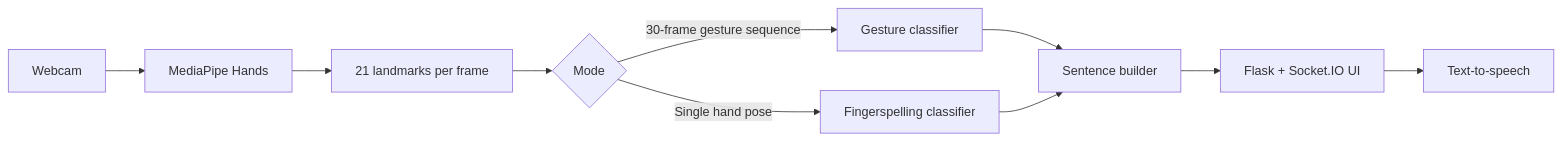
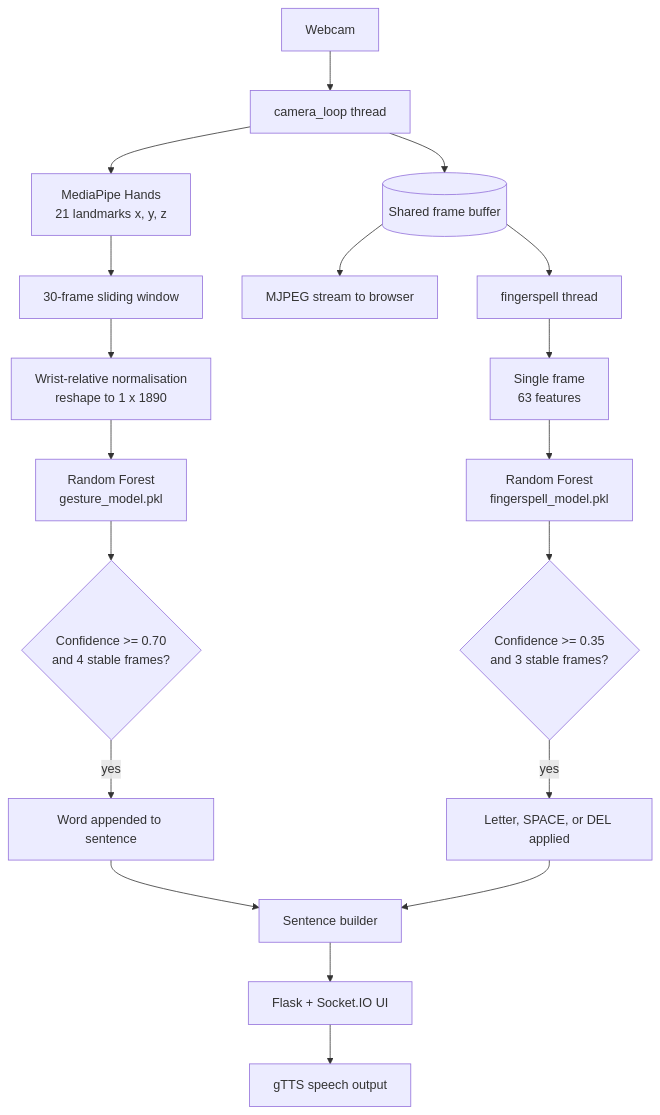
The diagram in README.md (DevAshish9090/Gesture2Voice), drawn with Mermaid before and after one commit. The commit also changed other lines of this file, not shown here.

Commit message:
Fix README: correct setup steps and model details

````diff
--- a/README.md
+++ b/README.md
@@ -48,12 +84,24 @@
 ```mermaid
-flowchart LR
-  A[Webcam] --> B[MediaPipe Hands]
-  B --> C[21 landmarks per frame]
-  C --> D{Mode}
-  D -->|30-frame gesture sequence| E[Gesture classifier]
-  D -->|Single hand pose| F[Fingerspelling classifier]
-  E --> G[Sentence builder]
-  F --> G
-  G --> H[Flask + Socket.IO UI]
-  H --> I[Text-to-speech]
+flowchart TD
+  A[Webcam] --> B[camera_loop thread]
+  B --> C[MediaPipe Hands<br/>21 landmarks x, y, z]
+  B --> S[(Shared frame buffer)]
+  S --> M[MJPEG stream to browser]
+
+  C --> D[30-frame sliding window]
+  D --> E[Wrist-relative normalisation<br/>reshape to 1 x 1890]
+  E --> F[Random Forest<br/>gesture_model.pkl]
+  F --> G{Confidence >= 0.70<br/>and 4 stable frames?}
+  G -->|yes| W[Word appended to sentence]
+
+  S --> H[fingerspell thread]
+  H --> I[Single frame<br/>63 features]
+  I --> J[Random Forest<br/>fingerspell_model.pkl]
+  J --> K{Confidence >= 0.35<br/>and 3 stable frames?}
+  K -->|yes| L[Letter, SPACE, or DEL applied]
+
+  W --> N[Sentence builder]
+  L --> N
+  N --> O[Flask + Socket.IO UI]
+  O --> P[gTTS speech output]
 ```
````
